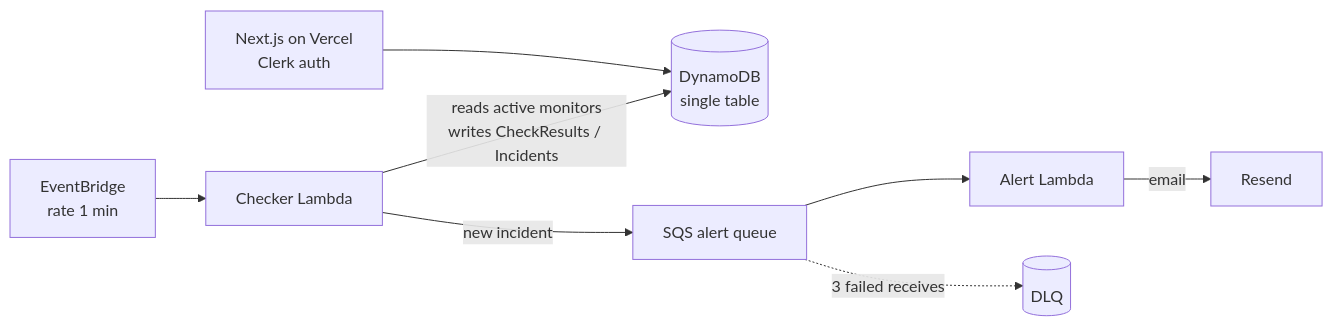
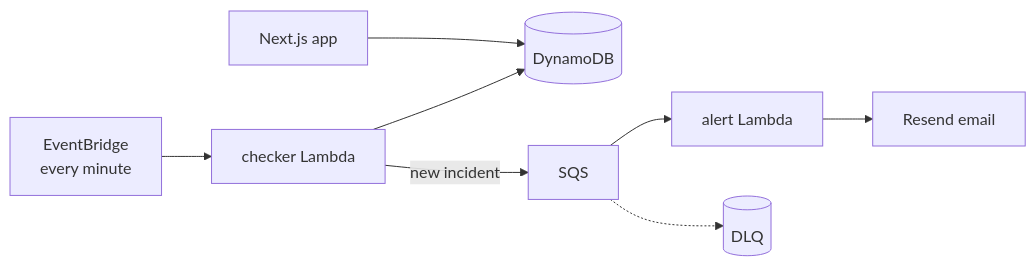
One commit to js773er/uptime-service changed the diagram in README.md. Above: the diagram before and after it, drawn with Mermaid. The commit also changed other lines of this file, not shown here.

````diff
--- a/README.md
+++ b/README.md
@@ -9,10 +19,10 @@
 ```mermaid
 flowchart LR
-    EB[EventBridge\nrate 1 min] --> C[Checker Lambda]
-    C -->|reads active monitors\nwrites CheckResults / Incidents| DB[(DynamoDB\nsingle table)]
-    C -->|new incident| Q[SQS alert queue]
-    Q --> A[Alert Lambda]
-    Q -.->|3 failed receives| DLQ[(DLQ)]
-    A -->|email| R[Resend]
-    W[Next.js on Vercel\nClerk auth] --> DB
+    EB[EventBridge<br>every minute] --> C[checker Lambda]
+    C --> DB[(DynamoDB)]
+    C -->|new incident| Q[SQS]
+    Q --> A[alert Lambda]
+    A --> R[Resend email]
+    Q -.-> DLQ[(DLQ)]
+    W[Next.js app] --> DB
 ```
````
